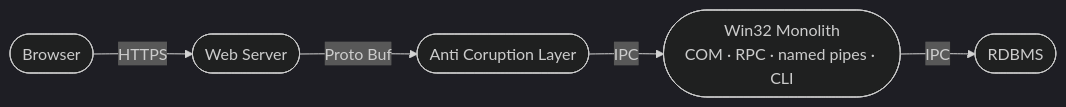
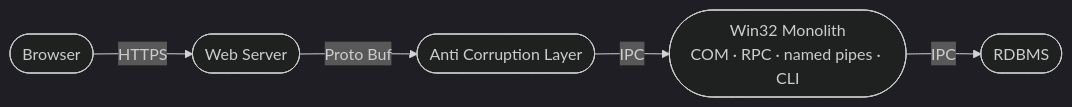
Before and after one commit to IRONCODELABS-COM/EA: the second of 5 diagrams in docs/kb/win32-monolith/win32-monolith.md, drawn with Mermaid (dark theme). The commit also changed other lines of this file, not shown here.

````diff
--- a/docs/kb/win32-monolith/win32-monolith.md
+++ b/docs/kb/win32-monolith/win32-monolith.md
@@ -75,13 +75,13 @@
 ```mermaid
 graph LR
     B(["Browser"])
     WF(["Web Server"])
-    ACL(["Anti Coruption Layer"])
+    ACL(["Anti Corruption Layer"])
     WIN(["Win32 Monolith<br/>COM · RPC · named pipes · CLI"])
     DB(["RDBMS"])
 
     B -->|HTTPS| WF
     WF -->|Proto Buf| ACL
     ACL -->|IPC| WIN
     WIN -->|IPC| DB
 ```
````
